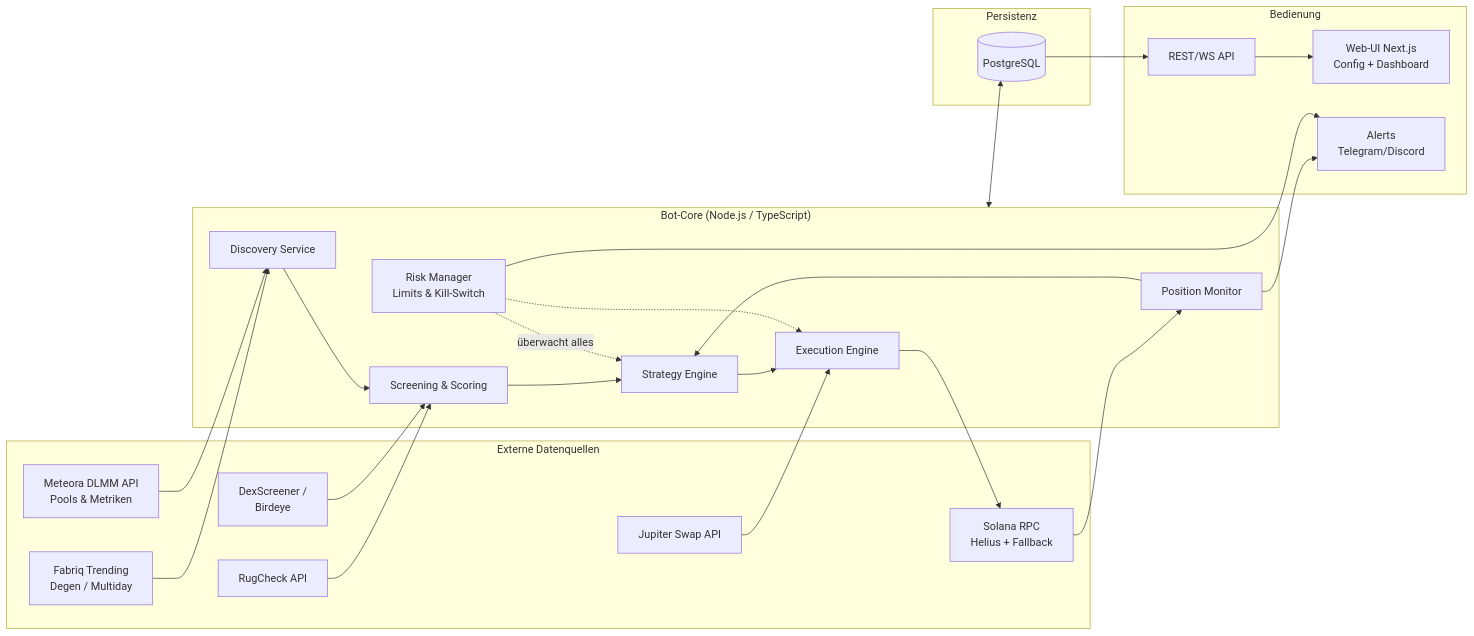
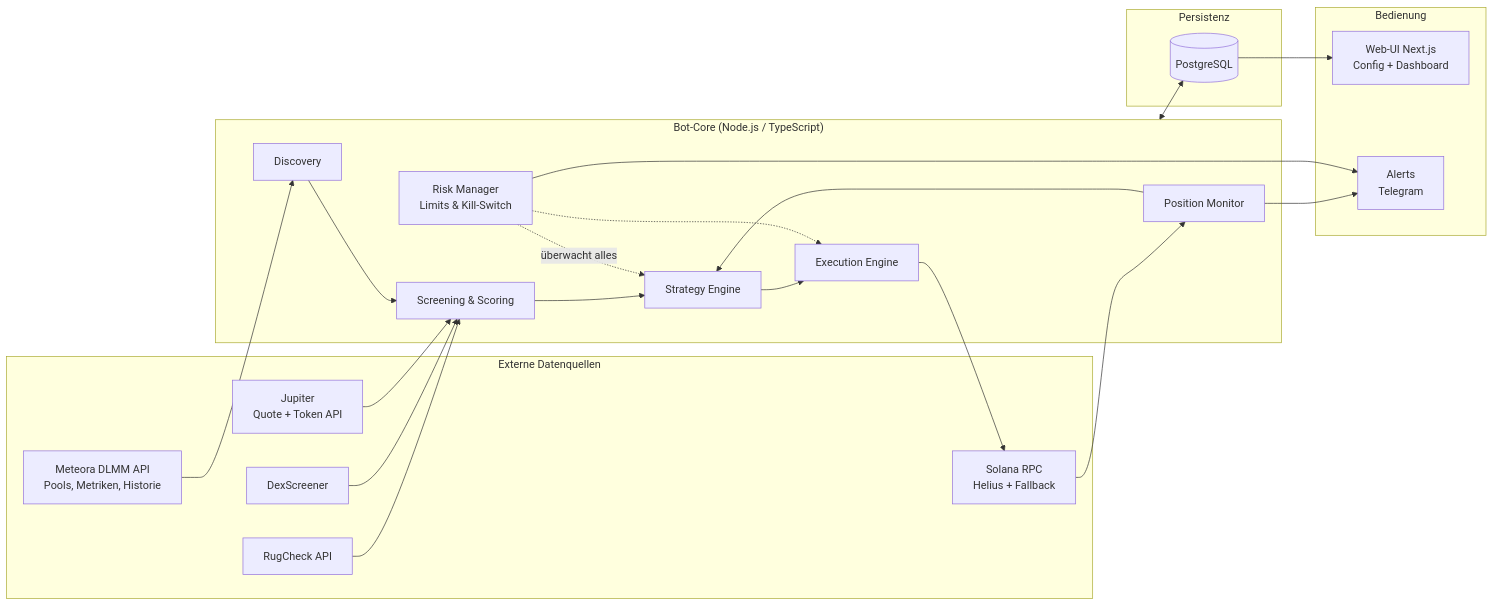
Before and after one commit to QuentinNano/automated-LPing: the first of 2 diagrams in KONZEPT.md, drawn with Mermaid. The commit also changed other lines of this file and 8 other files, not shown here.

````diff
--- a/KONZEPT.md
+++ b/KONZEPT.md
@@ -85,49 +144,45 @@
 ```mermaid
 flowchart LR
     subgraph Extern["Externe Datenquellen"]
-        FAB[Fabriq Trending<br/>Degen / Multiday]
-        MET[Meteora DLMM API<br/>Pools & Metriken]
+        MET[Meteora DLMM API<br/>Pools, Metriken, Historie]
         RUG[RugCheck API]
-        DEX[DexScreener /<br/>Birdeye]
+        DEX[DexScreener]
+        JUP[Jupiter<br/>Quote + Token API]
         RPC[Solana RPC<br/>Helius + Fallback]
-        JUP[Jupiter Swap API]
     end
 
     subgraph Core["Bot-Core (Node.js / TypeScript)"]
-        DISC[Discovery Service]
+        DISC[Discovery]
         SCRN[Screening & Scoring]
         STRAT[Strategy Engine]
         EXEC[Execution Engine]
         MON[Position Monitor]
         RISK[Risk Manager<br/>Limits & Kill-Switch]
     end
 
     subgraph Persist["Persistenz"]
         DB[(PostgreSQL)]
     end
 
     subgraph UIx["Bedienung"]
-        API[REST/WS API]
         UI[Web-UI Next.js<br/>Config + Dashboard]
-        ALERT[Alerts<br/>Telegram/Discord]
+        ALERT[Alerts<br/>Telegram]
     end
 
-    FAB --> DISC
     MET --> DISC
     DISC --> SCRN
     RUG --> SCRN
     DEX --> SCRN
+    JUP --> SCRN
     SCRN --> STRAT
     STRAT --> EXEC
     EXEC --> RPC
-    JUP --> EXEC
     RPC --> MON
     MON --> STRAT
     RISK -.überwacht alles.-> STRAT
     RISK -.-> EXEC
     Core <--> DB
-    DB --> API
-    API --> UI
+    DB --> UI
     MON --> ALERT
     RISK --> ALERT
 ```
````
